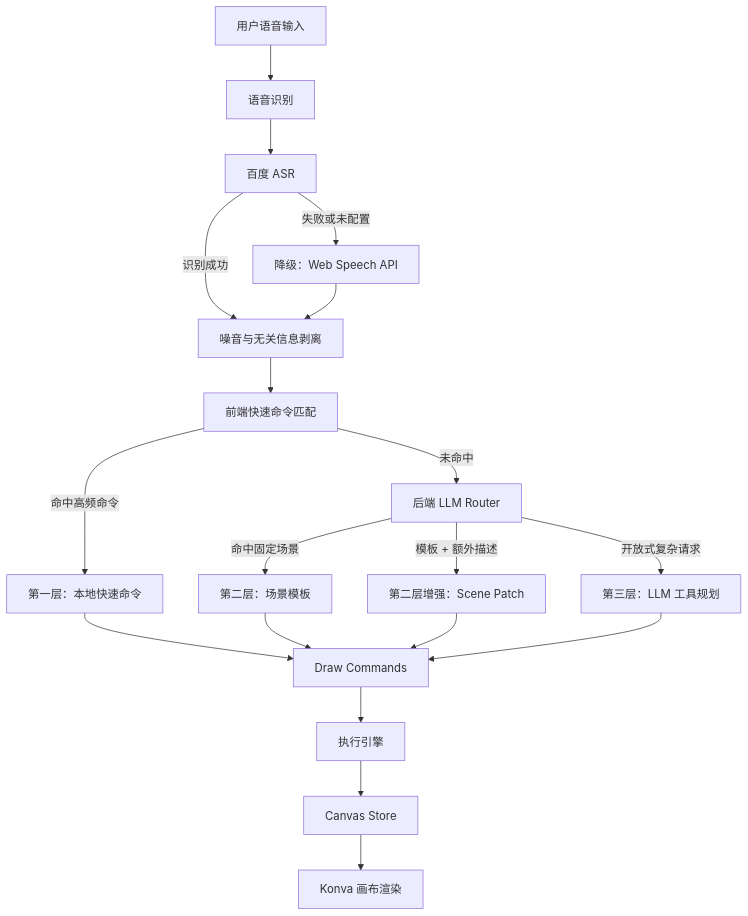
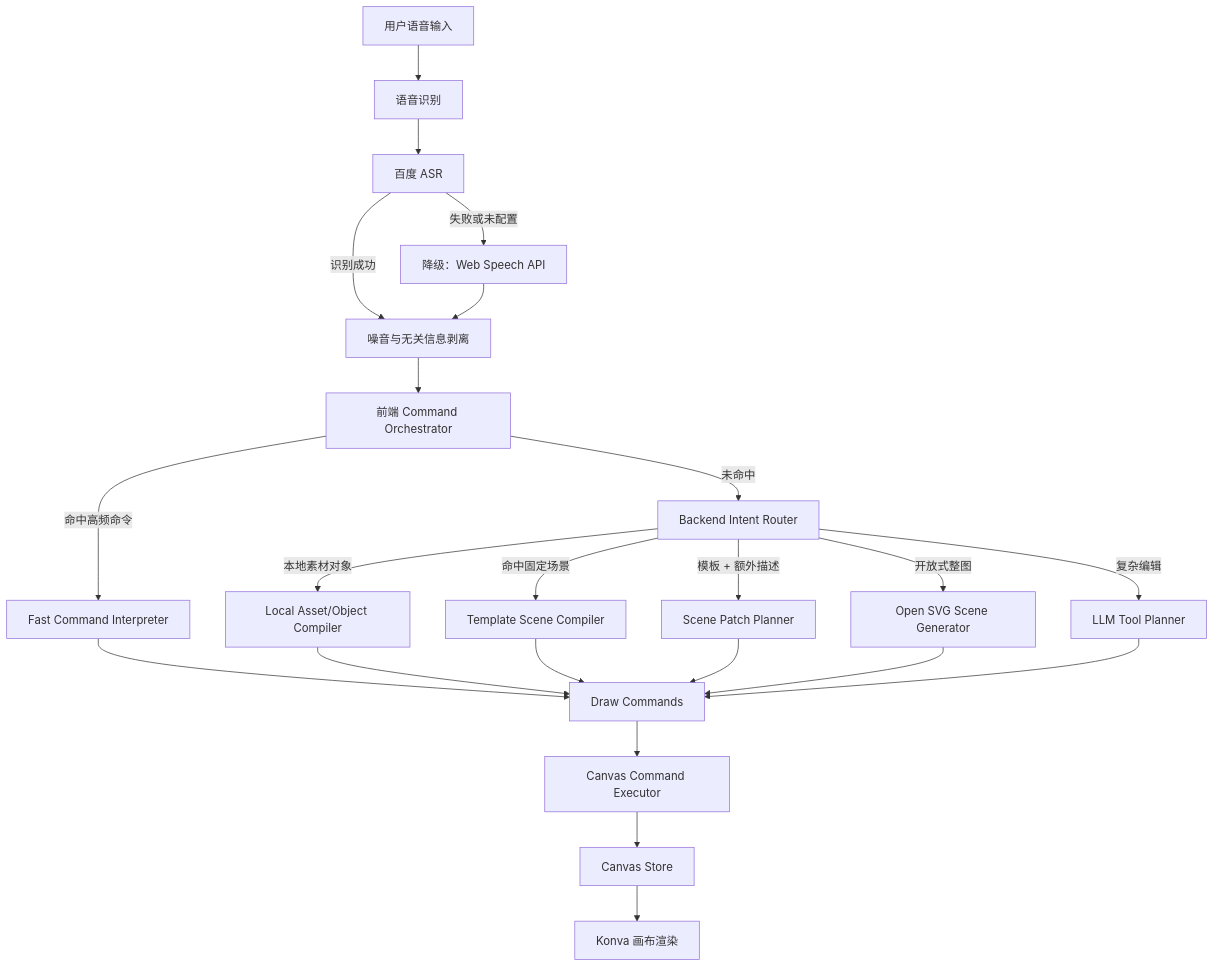
One commit to bird07717/voice-canvas changed the first of 2 diagrams in README.md. Above: the diagram before and after it, drawn with Mermaid. The commit also changed other lines of this file and 20 other files, not shown here.

````diff
--- a/README.md
+++ b/README.md
@@ -33,25 +33,29 @@
 ```mermaid
 flowchart TD
     A["用户语音输入"] --> B["语音识别"]
     B --> B1["百度 ASR"]
     B1 -->|失败或未配置| B2["降级：Web Speech API"]
     B1 -->|识别成功| B3["噪音与无关信息剥离"]
     B2 --> B3
-    B3 --> C["前端快速命令匹配"]
+    B3 --> C["前端 Command Orchestrator"]
 
-    C -->|命中高频命令| D["第一层：本地快速命令"]
-    C -->|未命中| E["后端 LLM Router"]
+    C -->|命中高频命令| D["Fast Command Interpreter"]
+    C -->|未命中| E["Backend Intent Router"]
 
-    E -->|命中固定场景| F["第二层：场景模板"]
-    E -->|模板 + 额外描述| G["第二层增强：Scene Patch"]
-    E -->|开放式复杂请求| H["第三层：LLM 工具规划"]
+    E -->|本地素材对象| O["Local Asset/Object Compiler"]
+    E -->|命中固定场景| F["Template Scene Compiler"]
+    E -->|模板 + 额外描述| G["Scene Patch Planner"]
+    E -->|开放式整图| S["Open SVG Scene Generator"]
+    E -->|复杂编辑| H["LLM Tool Planner"]
 
     D --> I["Draw Commands"]
+    O --> I
     F --> I
     G --> I
+    S --> I
     H --> I
 
-    I --> J["执行引擎"]
+    I --> J["Canvas Command Executor"]
     J --> K["Canvas Store"]
     K --> L["Konva 画布渲染"]
 ```
````
